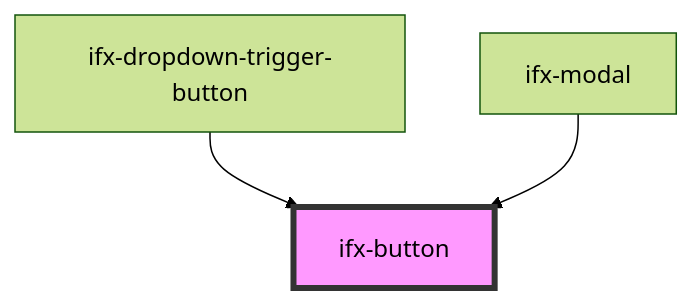
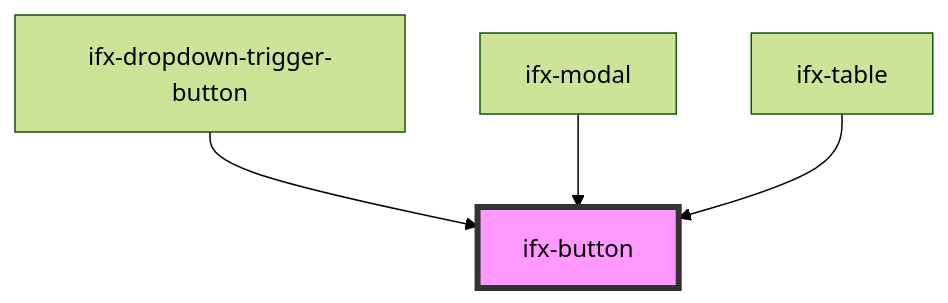
The diagram in packages/components/src/components/button/readme.md (Infineon/infineon-design-system-stencil), drawn with Mermaid (forest theme) before and after one commit. The commit also changed other lines of this file and 4 other files, not shown here.

Commit message:
added ifx button as show/hide button for sidebar orientation of filters

````diff
--- a/packages/components/src/components/button/readme.md
+++ b/packages/components/src/components/button/readme.md
@@ -43,6 +44,7 @@
 ```mermaid
 graph TD;
   ifx-dropdown-trigger-button --> ifx-button
   ifx-modal --> ifx-button
+  ifx-table --> ifx-button
   style ifx-button fill:#f9f,stroke:#333,stroke-width:4px
 ```
````
